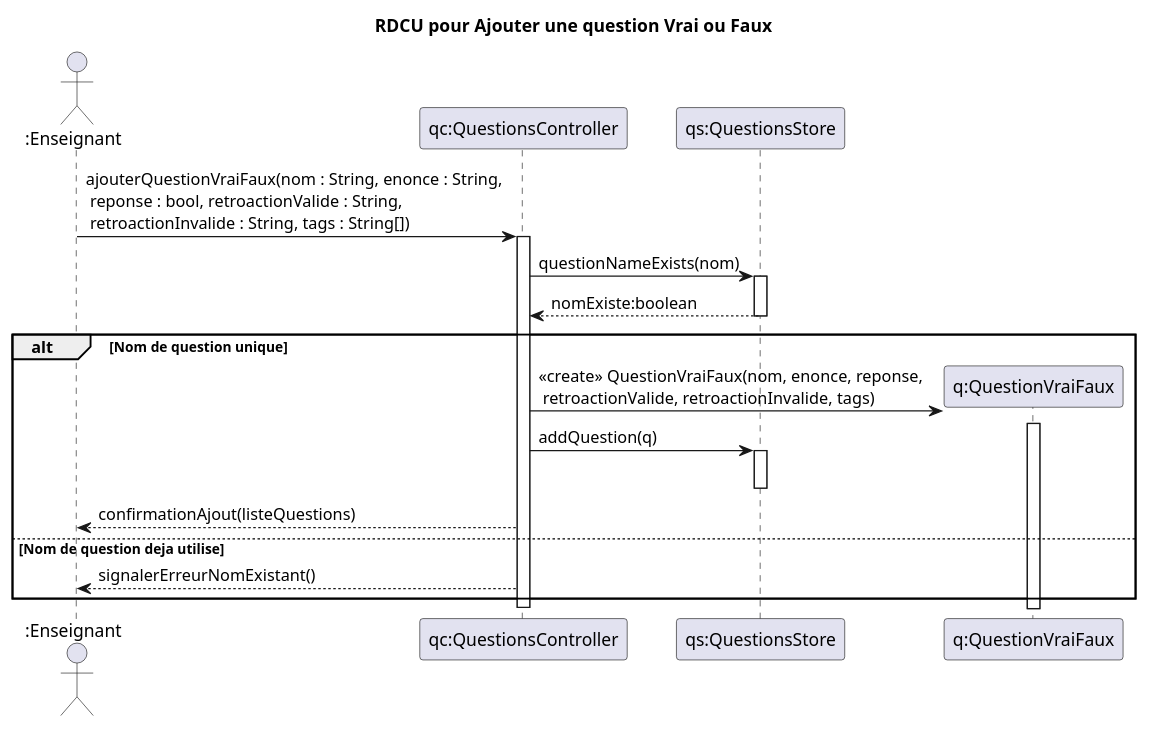
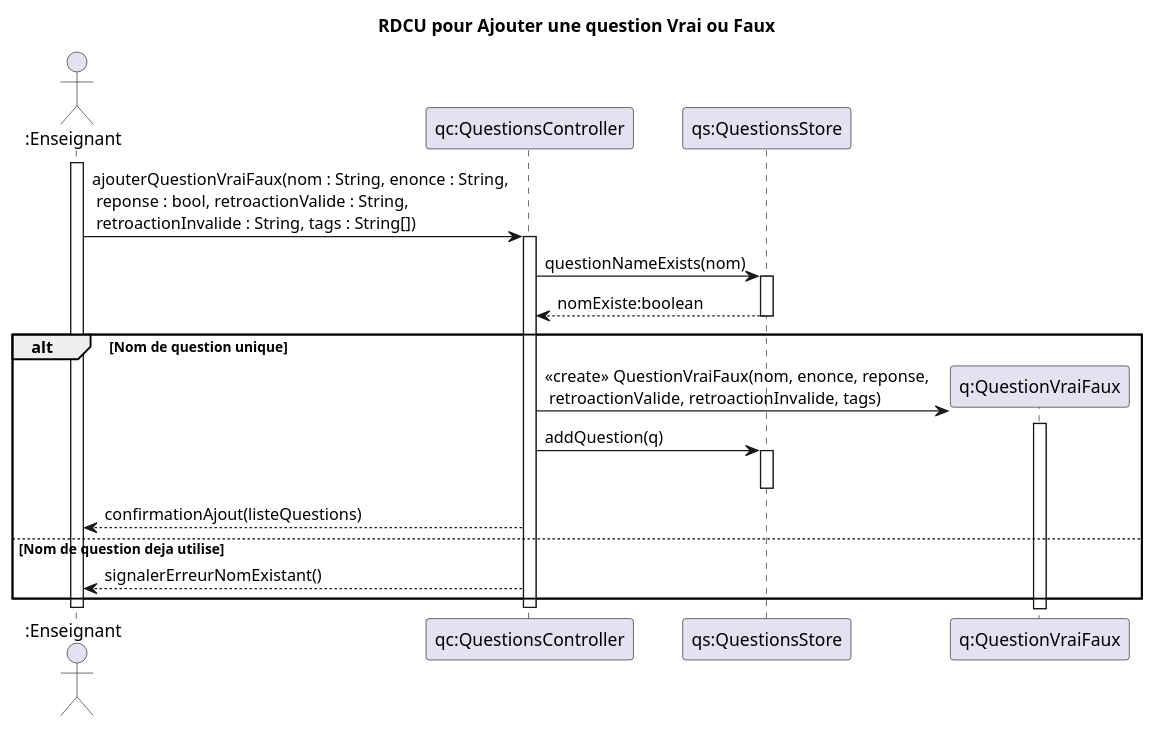
One commit to xMrYahya/moodle-clone changed the diagram in docs/modeles/cu02/rdcu-ajouter-question-vf.puml. Above: the diagram before and after it, drawn with PlantUML. The commit also changed 6 other files, not shown here.

Commit message:
fix diagrammes

```diff
--- a/docs/modeles/cu02/rdcu-ajouter-question-vf.puml
+++ b/docs/modeles/cu02/rdcu-ajouter-question-vf.puml
@@ -1,33 +1,35 @@
 @startuml
 title RDCU pour Ajouter une question Vrai ou Faux
 
 actor ":Enseignant" as e
 participant "qc:QuestionsController" as QC
 participant "qs:QuestionsStore" as QS
 participant "q:QuestionVraiFaux" as Q
 
+activate e
 e -> QC : ajouterQuestionVraiFaux(nom : String, enonce : String,\n reponse : bool, retroactionValide : String,\n retroactionInvalide : String, tags : String[])
 activate QC
 
 QC -> QS : questionNameExists(nom)
 activate QS
 QS --> QC : nomExiste:boolean
 deactivate QS
 
 alt Nom de question unique
     create Q
     QC -> Q : <<create>> QuestionVraiFaux(nom, enonce, reponse,\n retroactionValide, retroactionInvalide, tags)
     activate Q
     deactivate Q
 
     QC -> QS : addQuestion(q)
     activate QS
     deactivate QS
 
     QC --> e : confirmationAjout(listeQuestions)
 else Nom de question deja utilise
     QC --> e : signalerErreurNomExistant()
 end
 
 deactivate QC
+deactivate e
 @enduml
```
